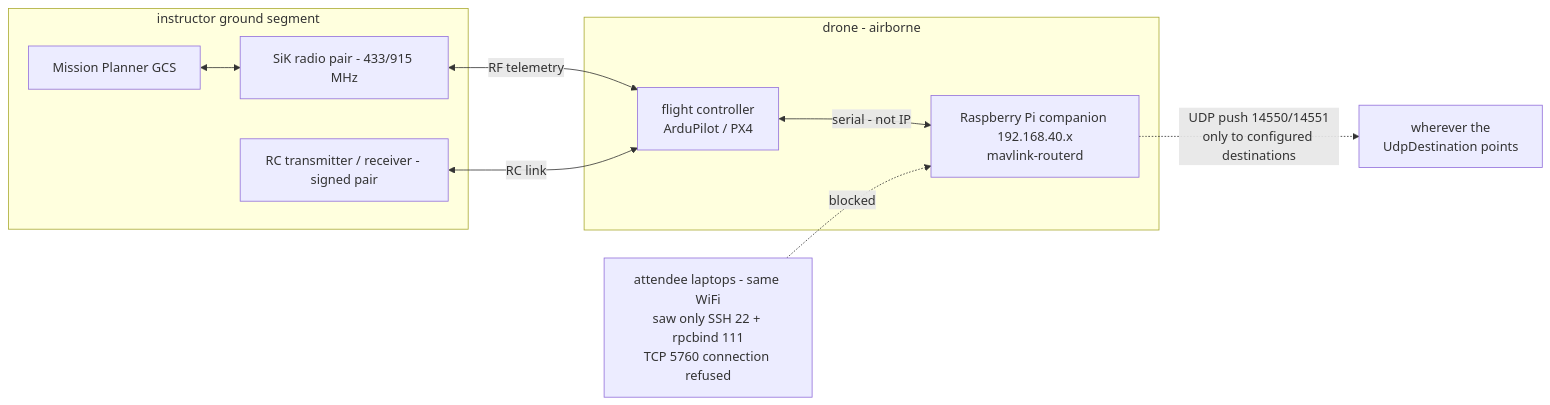
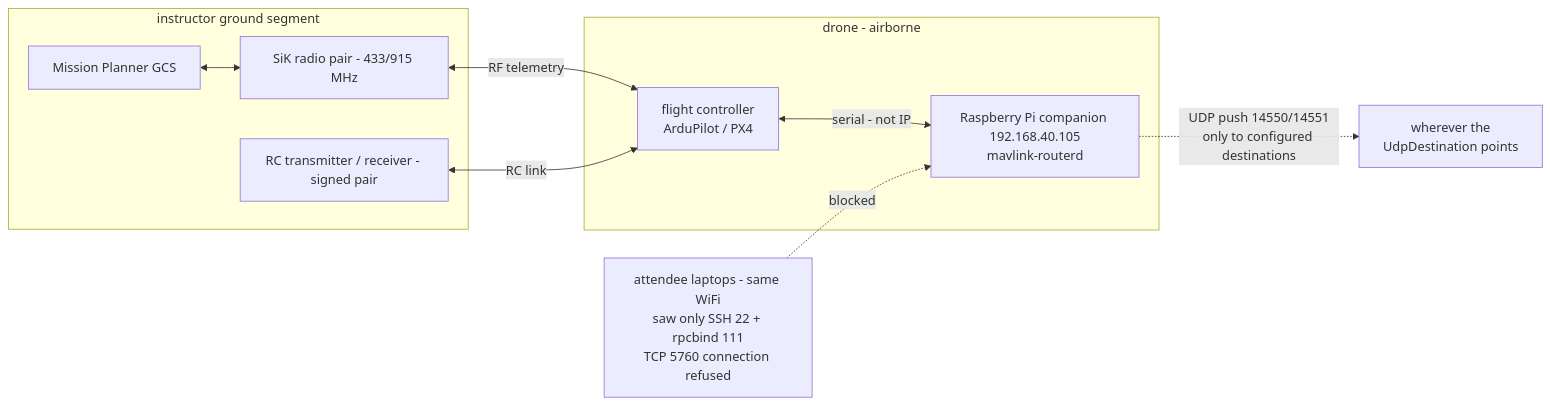
The third of 4 diagrams in _posts/2026-10-12-SkyJack-DC852-Drone-Hijack-Writeup.md (byronwai/byronwai.github.io), drawn with Mermaid before and after one commit. The commit also changed other lines of this file, not shown here.

````diff
--- a/_posts/2026-10-12-SkyJack-DC852-Drone-Hijack-Writeup.md
+++ b/_posts/2026-10-12-SkyJack-DC852-Drone-Hijack-Writeup.md
@@ -233,19 +233,19 @@
 ```mermaid
 flowchart LR
     subgraph DRONE["drone - airborne"]
         FC["flight controller<br/>ArduPilot / PX4"]
-        PI["Raspberry Pi companion 192.168.40.x<br/>mavlink-routerd"]
+        PI["Raspberry Pi companion 192.168.40.105<br/>mavlink-routerd"]
         FC <-->|"serial - not IP"| PI
     end
     subgraph GROUND["instructor ground segment"]
         MP["Mission Planner GCS"]
         SIK["SiK radio pair - 433/915 MHz"]
         RCX["RC transmitter / receiver - signed pair"]
     end
     MP <--> SIK
     SIK <-->|"RF telemetry"| FC
     RCX <-->|"RC link"| FC
     PI -.->|"UDP push 14550/14551<br/>only to configured destinations"| DST["wherever the<br/>UdpDestination points"]
     LAP["attendee laptops - same WiFi<br/>saw only SSH 22 + rpcbind 111<br/>TCP 5760 connection refused"]
     LAP -.->|"blocked"| PI
 ```
````
